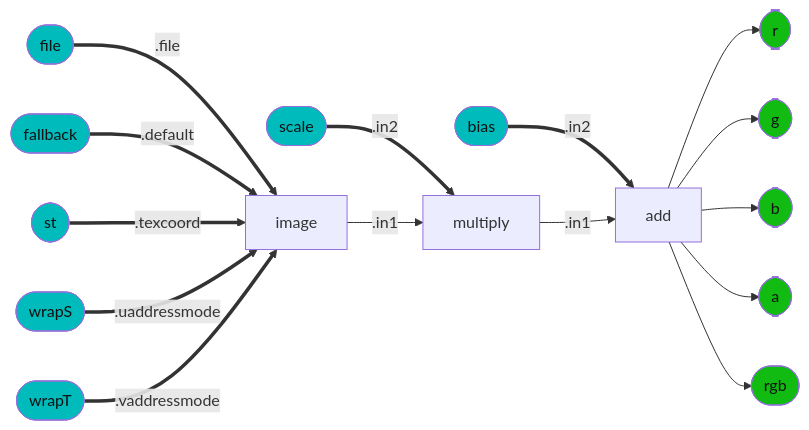
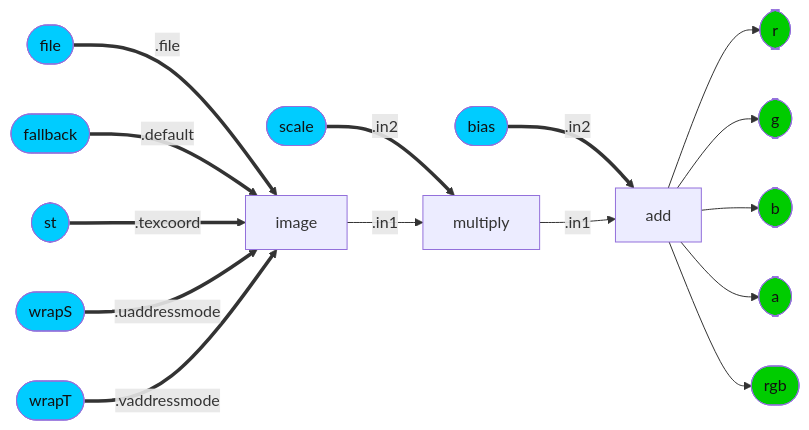
Diagram 13 of 35 in documents/definitions/bxdf_doc.md (kwokcb/MaterialX_Learn), drawn with Mermaid before and after one commit. The commit also changed other lines of this file and 435 other files, not shown here.

````diff
--- a/documents/definitions/bxdf_doc.md
+++ b/documents/definitions/bxdf_doc.md
@@ -1455,30 +1451,30 @@
 ```mermaid
 graph LR; 
     IMP_UsdUVTexture_23_image_bias[add] --> IMP_UsdUVTexture_23_r([r])
-    style IMP_UsdUVTexture_23_r fill:#1b1, color:#111
+    style IMP_UsdUVTexture_23_r fill:#0C0, color:#111
     IMP_UsdUVTexture_23_biasINT([bias]) ==.in2==> IMP_UsdUVTexture_23_image_bias[add]
-    style IMP_UsdUVTexture_23_biasINT fill:#0bb, color:#111
+    style IMP_UsdUVTexture_23_biasINT fill:#0CF, color:#111
     IMP_UsdUVTexture_23_image_scale[multiply] --".in1"--> IMP_UsdUVTexture_23_image_bias[add]
     IMP_UsdUVTexture_23_scaleINT([scale]) ==.in2==> IMP_UsdUVTexture_23_image_scale[multiply]
-    style IMP_UsdUVTexture_23_scaleINT fill:#0bb, color:#111
+    style IMP_UsdUVTexture_23_scaleINT fill:#0CF, color:#111
     IMP_UsdUVTexture_23_image_reader[image] --".in1"--> IMP_UsdUVTexture_23_image_scale[multiply]
     IMP_UsdUVTexture_23_fileINT([file]) ==.file==> IMP_UsdUVTexture_23_image_reader[image]
-    style IMP_UsdUVTexture_23_fileINT fill:#0bb, color:#111
+    style IMP_UsdUVTexture_23_fileINT fill:#0CF, color:#111
     IMP_UsdUVTexture_23_fallbackINT([fallback]) ==.default==> IMP_UsdUVTexture_23_image_reader[image]
-    style IMP_UsdUVTexture_23_fallbackINT fill:#0bb, color:#111
+    style IMP_UsdUVTexture_23_fallbackINT fill:#0CF, color:#111
     IMP_UsdUVTexture_23_stINT([st]) ==.texcoord==> IMP_UsdUVTexture_23_image_reader[image]
-    style IMP_UsdUVTexture_23_stINT fill:#0bb, color:#111
+    style IMP_UsdUVTexture_23_stINT fill:#0CF, color:#111
     IMP_UsdUVTexture_23_wrapSINT([wrapS]) ==.uaddressmode==> IMP_UsdUVTexture_23_image_reader[image]
-    style IMP_UsdUVTexture_23_wrapSINT fill:#0bb, color:#111
+    style IMP_UsdUVTexture_23_wrapSINT fill:#0CF, color:#111
     IMP_UsdUVTexture_23_wrapTINT([wrapT]) ==.vaddressmode==> IMP_UsdUVTexture_23_image_reader[image]
-    style IMP_UsdUVTexture_23_wrapTINT fill:#0bb, color:#111
+    style IMP_UsdUVTexture_23_wrapTINT fill:#0CF, color:#111
     IMP_UsdUVTexture_23_image_bias[add] --> IMP_UsdUVTexture_23_g([g])
-    style IMP_UsdUVTexture_23_g fill:#1b1, color:#111
+    style IMP_UsdUVTexture_23_g fill:#0C0, color:#111
     IMP_UsdUVTexture_23_image_bias[add] --> IMP_UsdUVTexture_23_b([b])
-    style IMP_UsdUVTexture_23_b fill:#1b1, color:#111
+    style IMP_UsdUVTexture_23_b fill:#0C0, color:#111
     IMP_UsdUVTexture_23_image_bias[add] --> IMP_UsdUVTexture_23_a([a])
-    style IMP_UsdUVTexture_23_a fill:#1b1, color:#111
+    style IMP_UsdUVTexture_23_a fill:#0C0, color:#111
     IMP_UsdUVTexture_23_image_bias[add] --> IMP_UsdUVTexture_23_rgb([rgb])
-    style IMP_UsdUVTexture_23_rgb fill:#1b1, color:#111
+    style IMP_UsdUVTexture_23_rgb fill:#0C0, color:#111
 
 ```
````
